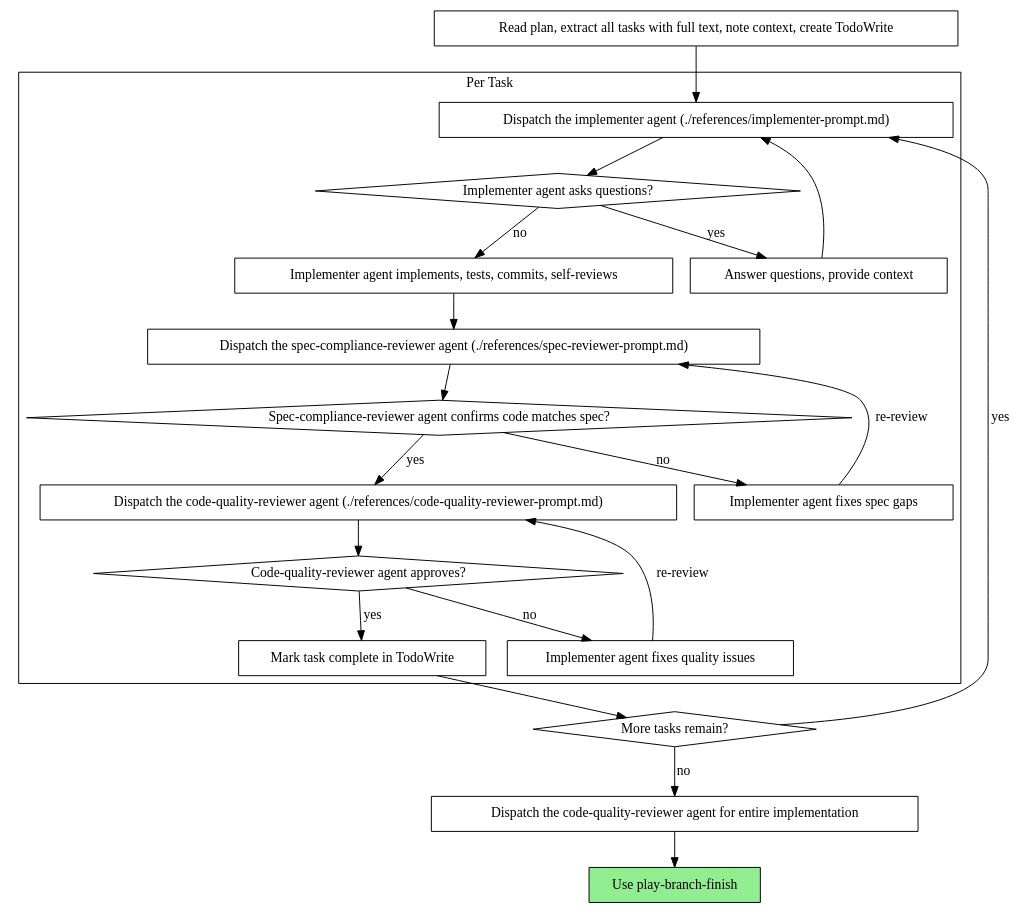
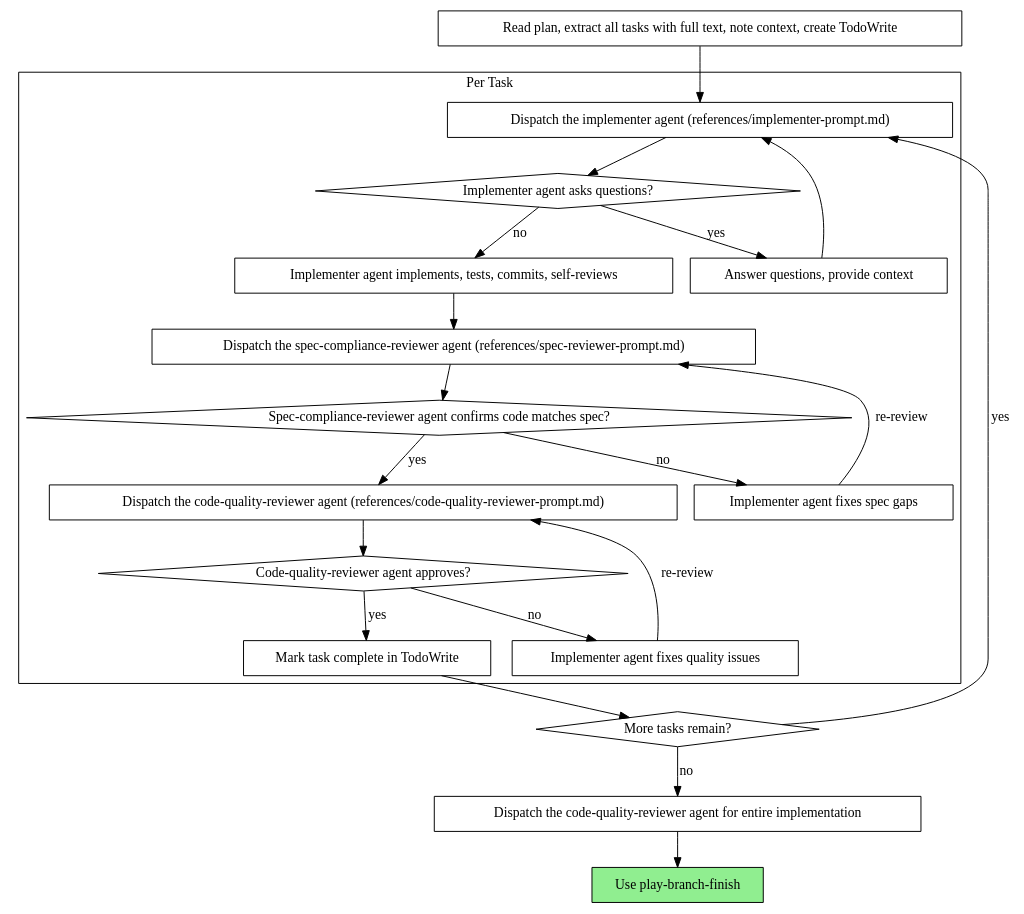
One commit to ryumiel/devcanon changed the second of 2 diagrams in skills/play-subagent-execution/SKILL.md. Above: the diagram before and after it, drawn with Graphviz. The commit also changed other lines of this file and 1 other file, not shown here.

Commit message:
docs(skills): drop ./ prefix on references/ paths and align render-graphs Usage line
Address PR #102 review feedback:

- play-subagent-execution/SKILL.md: drop the leading `./` from
  `references/<file>` references (16 occurrences across the workflow
  diagram and Prompt Templates list) so they match the bare-path
  convention used in github-issue-priming/SKILL.md and the rest of
  the affected skills in this PR.
- render-graphs.js: prefix the on-error `Usage:` line with `./` so it
  matches the JSDoc Usage block and the Example invocations already
  in the same help text.

````diff
--- a/skills/play-subagent-execution/SKILL.md
+++ b/skills/play-subagent-execution/SKILL.md
@@ -43,44 +43,44 @@
 ```dot
 digraph process {
     rankdir=TB;
 
     subgraph cluster_per_task {
         label="Per Task";
-        "Dispatch the implementer agent (./references/implementer-prompt.md)" [shape=box];
+        "Dispatch the implementer agent (references/implementer-prompt.md)" [shape=box];
         "Implementer agent asks questions?" [shape=diamond];
         "Answer questions, provide context" [shape=box];
         "Implementer agent implements, tests, commits, self-reviews" [shape=box];
-        "Dispatch the spec-compliance-reviewer agent (./references/spec-reviewer-prompt.md)" [shape=box];
+        "Dispatch the spec-compliance-reviewer agent (references/spec-reviewer-prompt.md)" [shape=box];
         "Spec-compliance-reviewer agent confirms code matches spec?" [shape=diamond];
         "Implementer agent fixes spec gaps" [shape=box];
-        "Dispatch the code-quality-reviewer agent (./references/code-quality-reviewer-prompt.md)" [shape=box];
+        "Dispatch the code-quality-reviewer agent (references/code-quality-reviewer-prompt.md)" [shape=box];
         "Code-quality-reviewer agent approves?" [shape=diamond];
         "Implementer agent fixes quality issues" [shape=box];
         "Mark task complete in TodoWrite" [shape=box];
     }
 
     "Read plan, extract all tasks with full text, note context, create TodoWrite" [shape=box];
     "More tasks remain?" [shape=diamond];
     "Dispatch the code-quality-reviewer agent for entire implementation" [shape=box];
     "Use play-branch-finish" [shape=box style=filled fillcolor=lightgreen];
 
-    "Read plan, extract all tasks with full text, note context, create TodoWrite" -> "Dispatch the implementer agent (./references/implementer-prompt.md)";
-    "Dispatch the implementer agent (./references/implementer-prompt.md)" -> "Implementer agent asks questions?";
+    "Read plan, extract all tasks with full text, note context, create TodoWrite" -> "Dispatch the implementer agent (references/implementer-prompt.md)";
+    "Dispatch the implementer agent (references/implementer-prompt.md)" -> "Implementer agent asks questions?";
     "Implementer agent asks questions?" -> "Answer questions, provide context" [label="yes"];
-    "Answer questions, provide context" -> "Dispatch the implementer agent (./references/implementer-prompt.md)";
+    "Answer questions, provide context" -> "Dispatch the implementer agent (references/implementer-prompt.md)";
     "Implementer agent asks questions?" -> "Implementer agent implements, tests, commits, self-reviews" [label="no"];
-    "Implementer agent implements, tests, commits, self-reviews" -> "Dispatch the spec-compliance-reviewer agent (./references/spec-reviewer-prompt.md)";
-    "Dispatch the spec-compliance-reviewer agent (./references/spec-reviewer-prompt.md)" -> "Spec-compliance-reviewer agent confirms code matches spec?";
+    "Implementer agent implements, tests, commits, self-reviews" -> "Dispatch the spec-compliance-reviewer agent (references/spec-reviewer-prompt.md)";
+    "Dispatch the spec-compliance-reviewer agent (references/spec-reviewer-prompt.md)" -> "Spec-compliance-reviewer agent confirms code matches spec?";
     "Spec-compliance-reviewer agent confirms code matches spec?" -> "Implementer agent fixes spec gaps" [label="no"];
-    "Implementer agent fixes spec gaps" -> "Dispatch the spec-compliance-reviewer agent (./references/spec-reviewer-prompt.md)" [label="re-review"];
-    "Spec-compliance-reviewer agent confirms code matches spec?" -> "Dispatch the code-quality-reviewer agent (./references/code-quality-reviewer-prompt.md)" [label="yes"];
-    "Dispatch the code-quality-reviewer agent (./references/code-quality-reviewer-prompt.md)" -> "Code-quality-reviewer agent approves?";
+    "Implementer agent fixes spec gaps" -> "Dispatch the spec-compliance-reviewer agent (references/spec-reviewer-prompt.md)" [label="re-review"];
+    "Spec-compliance-reviewer agent confirms code matches spec?" -> "Dispatch the code-quality-reviewer agent (references/code-quality-reviewer-prompt.md)" [label="yes"];
+    "Dispatch the code-quality-reviewer agent (references/code-quality-reviewer-prompt.md)" -> "Code-quality-reviewer agent approves?";
     "Code-quality-reviewer agent approves?" -> "Implementer agent fixes quality issues" [label="no"];
-    "Implementer agent fixes quality issues" -> "Dispatch the code-quality-reviewer agent (./references/code-quality-reviewer-prompt.md)" [label="re-review"];
+    "Implementer agent fixes quality issues" -> "Dispatch the code-quality-reviewer agent (references/code-quality-reviewer-prompt.md)" [label="re-review"];
     "Code-quality-reviewer agent approves?" -> "Mark task complete in TodoWrite" [label="yes"];
     "Mark task complete in TodoWrite" -> "More tasks remain?";
-    "More tasks remain?" -> "Dispatch the implementer agent (./references/implementer-prompt.md)" [label="yes"];
+    "More tasks remain?" -> "Dispatch the implementer agent (references/implementer-prompt.md)" [label="yes"];
     "More tasks remain?" -> "Dispatch the code-quality-reviewer agent for entire implementation" [label="no"];
     "Dispatch the code-quality-reviewer agent for entire implementation" -> "Use play-branch-finish";
 }
 ```
````
